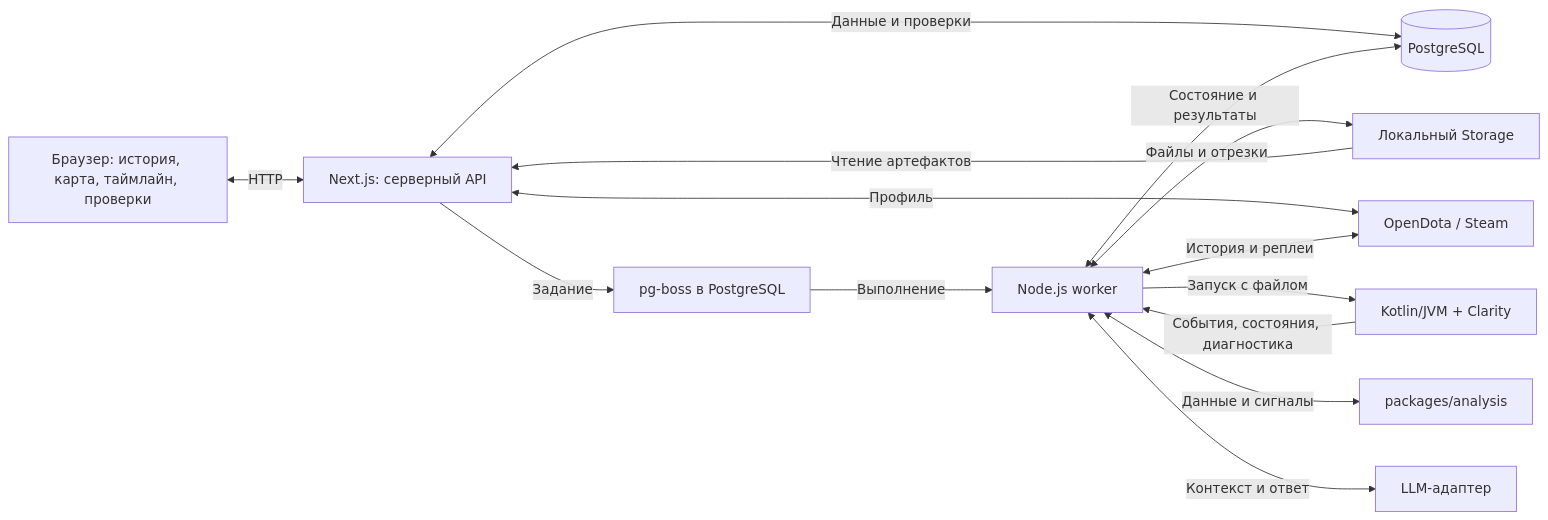
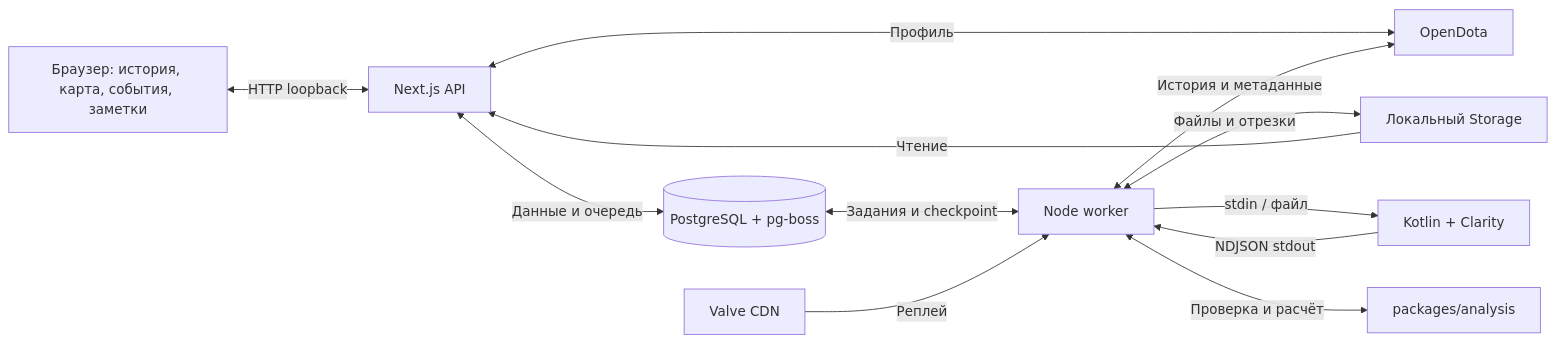
The diagram in docs/architecture.md (slavenski01/dota-api), drawn with Mermaid before and after one commit. The commit also changed other lines of this file and 6 other files, not shown here.

````diff
--- a/docs/architecture.md
+++ b/docs/architecture.md
@@ -56,16 +34,14 @@
 ```mermaid
 flowchart LR
-    Browser["Браузер: история, карта, таймлайн, проверки"] <-->|HTTP| Web["Next.js: серверный API"]
-    Web <-->|Данные и проверки| DB[(PostgreSQL)]
-    Web -->|Задание| Queue["pg-boss в PostgreSQL"]
-    Queue -->|Выполнение| Worker["Node.js worker"]
-    Worker <-->|Состояние и результаты| DB
+    Browser["Браузер: история, карта, события, заметки"] <-->|HTTP loopback| Web["Next.js API"]
+    Web <-->|Профиль| OpenDota["OpenDota"]
+    Web <-->|Данные и очередь| DB[("PostgreSQL + pg-boss")]
+    DB <-->|Задания и checkpoint| Worker["Node worker"]
+    Worker <-->|История и метаданные| OpenDota
+    CDN["Valve CDN"] -->|Реплей| Worker
     Worker <-->|Файлы и отрезки| Storage["Локальный Storage"]
-    Storage -->|Чтение артефактов| Web
-    Web <-->|Профиль| Sources["OpenDota / Steam"]
-    Worker <-->|История и реплеи| Sources
-    Worker -->|Запуск с файлом| Parser["Kotlin/JVM + Clarity"]
-    Parser -->|События, состояния, диагностика| Worker
-    Worker <-->|Данные и сигналы| Rules["packages/analysis"]
-    Worker <-->|Контекст и ответ| LLM["LLM-адаптер"]
+    Storage -->|Чтение| Web
+    Worker -->|stdin / файл| Parser["Kotlin + Clarity"]
+    Parser -->|NDJSON stdout| Worker
+    Worker <-->|Проверка и расчёт| Analysis["packages/analysis"]
 ```
````
